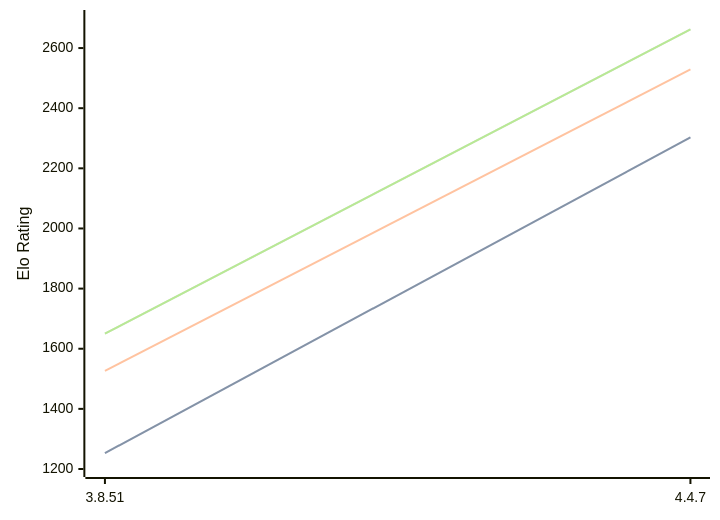
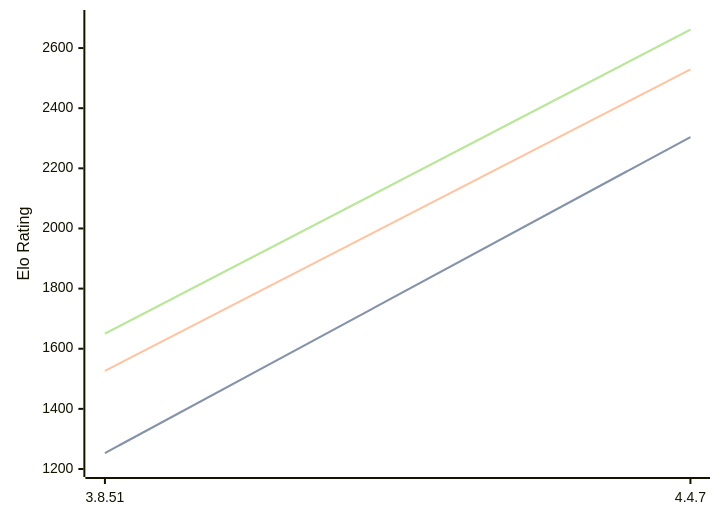
Before and after one commit to computer-chess-index/cci: the diagram in engines/Scoria.md, drawn with Mermaid. The commit also changed other lines of this file, not shown here.

Commit message:
Update CCI Ratings (ELO VLTC) - 2026-09-09

````diff
--- a/engines/Scoria.md
+++ b/engines/Scoria.md
@@ -32,11 +32,11 @@
 ```mermaid
 %%{init: {"theme":"base","themeVariables":{"seriesColors:['#a3a3a3','#222221','#faa371']}}}%%
 xychart-beta
   x-axis ["3.8.51", "4.4.7"]
   y-axis "Elo Rating" 1200 --> 2700
-  line "" [1253, 2303]
-  line "STC (8.0+0.08s)" [1253, 2303]
+  line "" [1253, 2304]
+  line "STC (8.0+0.08s)" [1253, 2304]
   line "LTC (60.0+0.60s)" [1526, 2529]
-  line "" [1650, 2662]
-  line "VLTC (2m24s+1.12s)" [1650, 2662]
+  line "" [1650, 2661]
+  line "VLTC (2m24s+1.12s)" [1650, 2661]
 ```
````
